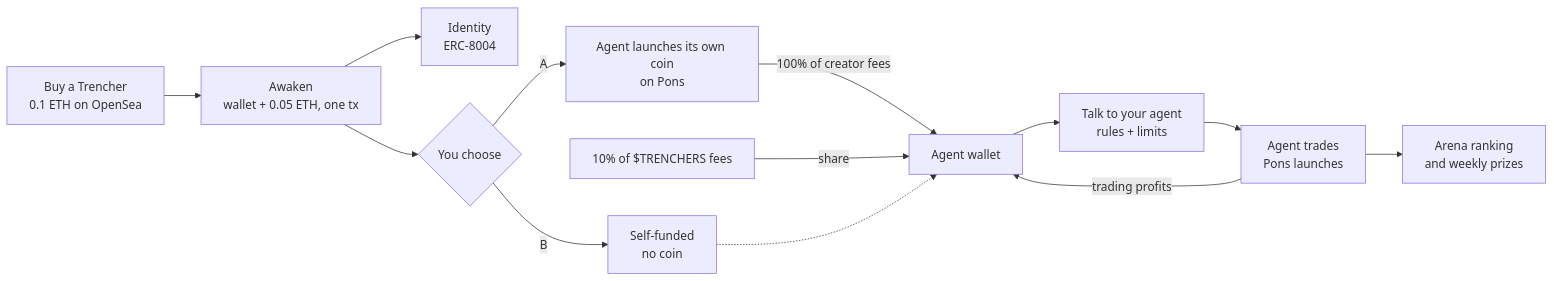
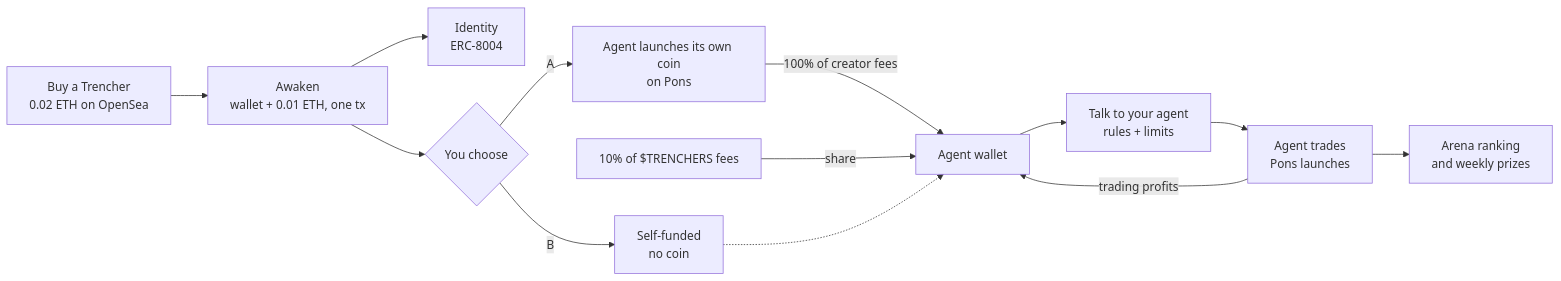
One commit to trenchersio/trenchers changed the first of 6 diagrams in README.md. Above: the diagram before and after it, drawn with Mermaid. The commit also changed other lines of this file and 2021 other files, not shown here.

````diff
--- a/README.md
+++ b/README.md
@@ -123,15 +123,15 @@
 ```mermaid
 flowchart LR
-    A[Buy a Trencher<br/>0.1 ETH on OpenSea] --> B[Awaken<br/>wallet + 0.05 ETH, one tx]
+    A[Buy a Trencher<br/>0.02 ETH on OpenSea] --> B[Awaken<br/>wallet + 0.01 ETH, one tx]
     B --> R[Identity<br/>ERC-8004]
     B --> Q{You choose}
     Q -->|A| L[Agent launches its own coin<br/>on Pons]
     Q -->|B| S[Self-funded<br/>no coin]
     L -->|100% of creator fees| W[Agent wallet]
     T[10% of $TRENCHERS fees] -->|share| W
     S -.-> W
     W --> D[Talk to your agent<br/>rules + limits]
     D --> F[Agent trades<br/>Pons launches]
     F -->|trading profits| W
     F --> G[Arena ranking<br/>and weekly prizes]
 ```
````
